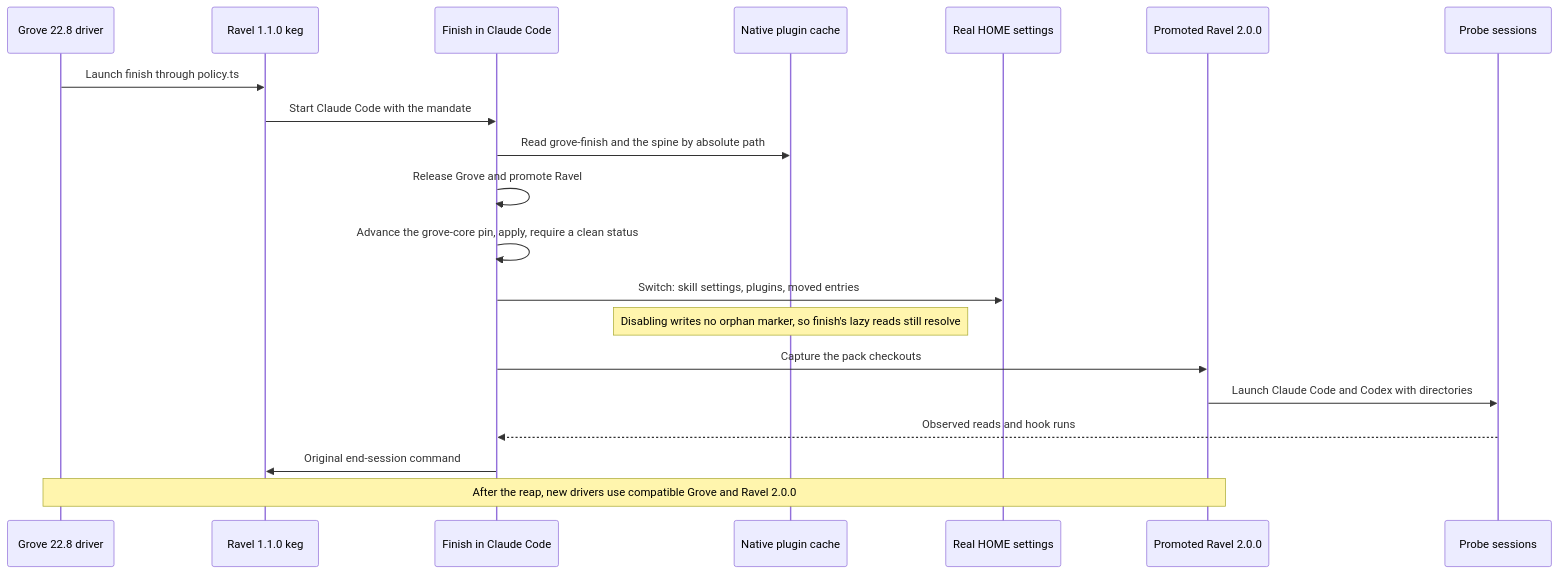
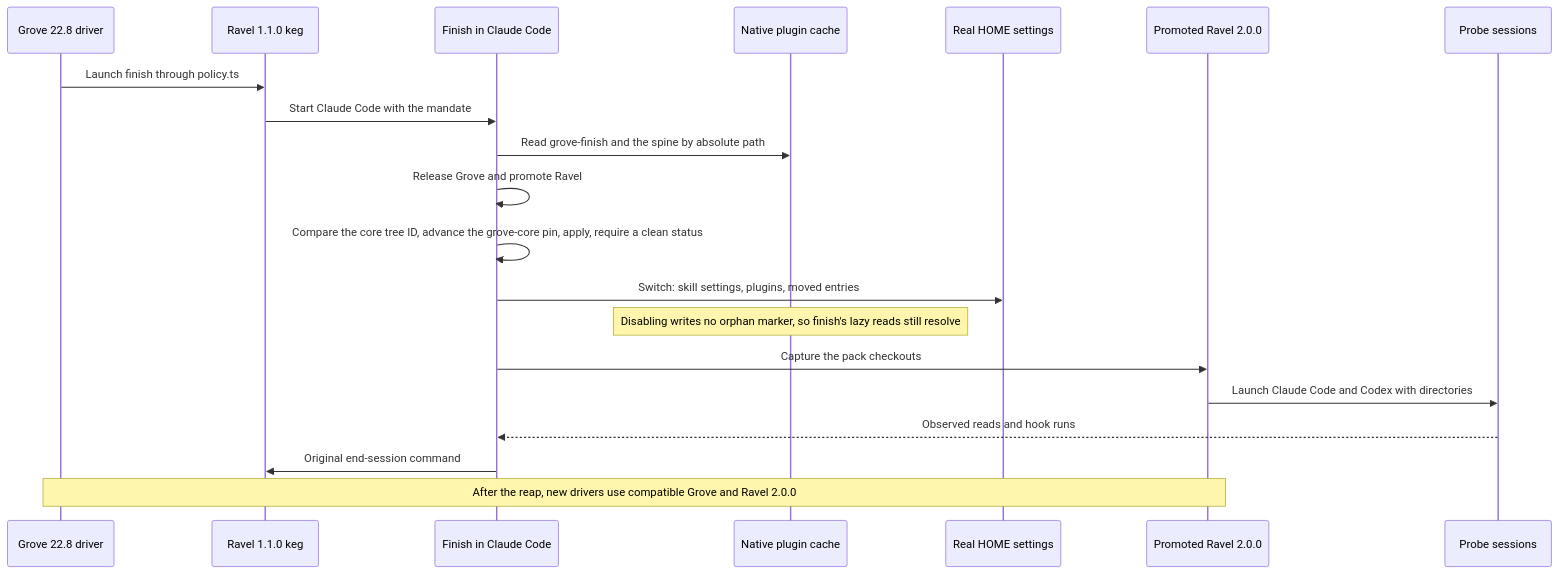
The diagram in docs/design/harness-selection-and-execution/owner-final-session.mmd (Linkuistics/grove), drawn with Mermaid before and after one commit. The commit also changed 15 other files, not shown here.

```diff
--- a/docs/design/harness-selection-and-execution/owner-final-session.mmd
+++ b/docs/design/harness-selection-and-execution/owner-final-session.mmd
@@ -1,20 +1,20 @@
 sequenceDiagram
     participant D as Grove 22.8 driver
     participant R1 as Ravel 1.1.0 keg
     participant F as Finish in Claude Code
     participant N as Native plugin cache
     participant H as Real HOME settings
     participant R2 as Promoted Ravel 2.0.0
     participant P as Probe sessions
     D->>R1: Launch finish through policy.ts
     R1->>F: Start Claude Code with the mandate
     F->>N: Read grove-finish and the spine by absolute path
     F->>F: Release Grove and promote Ravel
-    F->>F: Advance the grove-core pin, apply, require a clean status
+    F->>F: Compare the core tree ID, advance the grove-core pin, apply, require a clean status
     F->>H: Switch: skill settings, plugins, moved entries
     Note over N: Disabling writes no orphan marker, so finish's lazy reads still resolve
     F->>R2: Capture the pack checkouts
     R2->>P: Launch Claude Code and Codex with directories
     P-->>F: Observed reads and hook runs
     F->>R1: Original end-session command
     Note over D,R2: After the reap, new drivers use compatible Grove and Ravel 2.0.0
```
